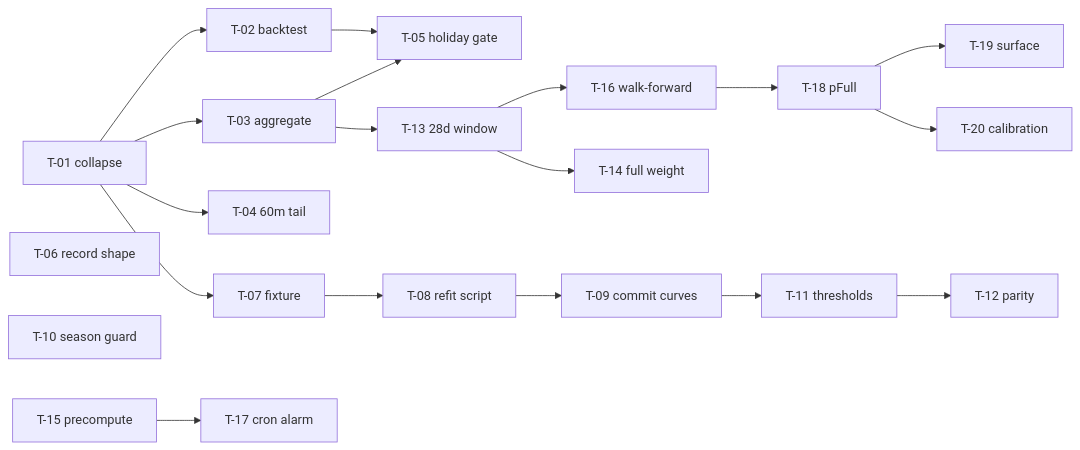
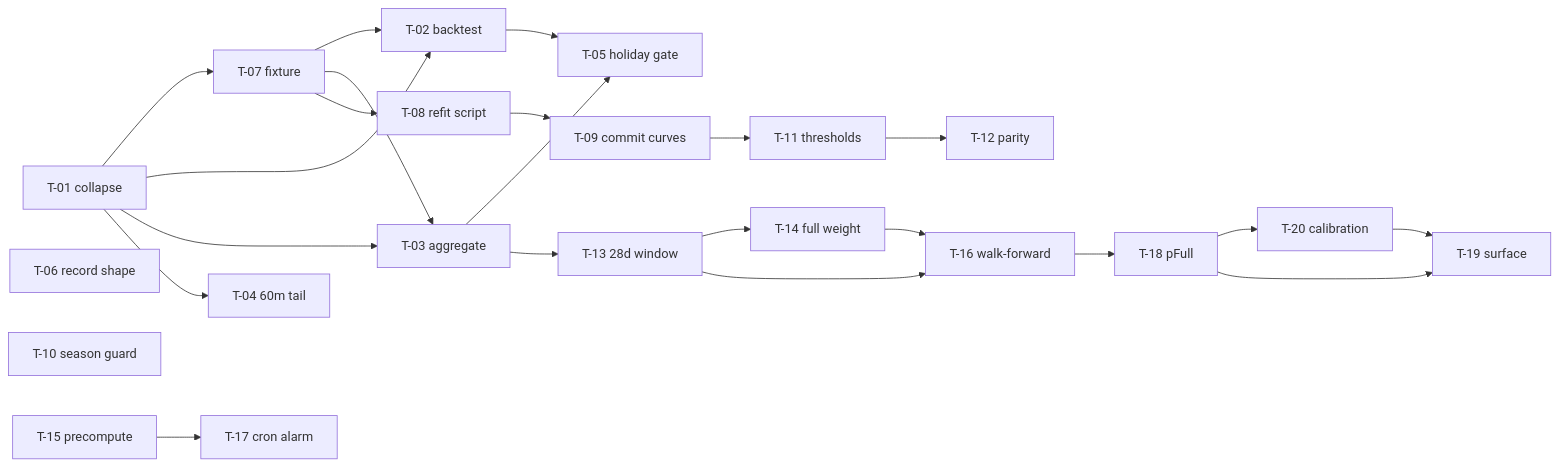
Before and after one commit to matthager12-collab/ExploreKingstonChamberApp: the diagram in docs/FERRY-FORECAST-REFIT/plan.md, drawn with Mermaid. The commit also changed other lines of this file, not shown here.

Commit message:
Correct plan dependency edges

````diff
--- a/docs/FERRY-FORECAST-REFIT/plan.md
+++ b/docs/FERRY-FORECAST-REFIT/plan.md
@@ -145,18 +145,20 @@
 ```mermaid
 graph LR
-  T01[T-01 collapse] --> T02[T-02 backtest]
-  T01 --> T03[T-03 aggregate]
+  T01[T-01 collapse] --> T07[T-07 fixture]
+  T07 --> T02[T-02 backtest]
+  T07 --> T03[T-03 aggregate]
+  T01 --> T02
+  T01 --> T03
   T01 --> T04[T-04 60m tail]
-  T01 --> T07[T-07 fixture]
   T02 --> T05[T-05 holiday gate]
   T03 --> T05
   T06[T-06 record shape]
   T07 --> T08[T-08 refit script] --> T09[T-09 commit curves]
   T09 --> T11[T-11 thresholds] --> T12[T-12 parity]
   T10[T-10 season guard]
-  T03 --> T13[T-13 28d window] --> T14[T-14 full weight]
-  T13 --> T16[T-16 walk-forward]
+  T03 --> T13[T-13 28d window] --> T14[T-14 full weight] --> T16[T-16 walk-forward]
+  T13 --> T16
   T15[T-15 precompute] --> T17[T-17 cron alarm]
-  T16 --> T18[T-18 pFull] --> T19[T-19 surface]
-  T18 --> T20[T-20 calibration]
+  T16 --> T18[T-18 pFull] --> T20[T-20 calibration] --> T19[T-19 surface]
+  T18 --> T19
 ```
````
